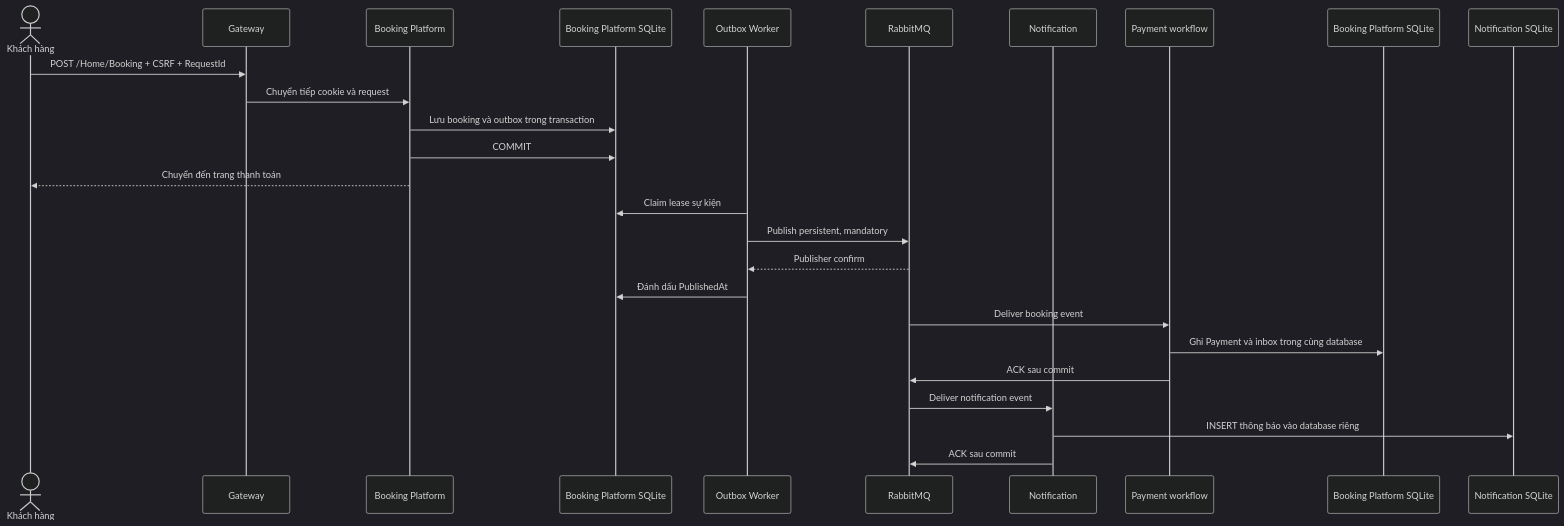
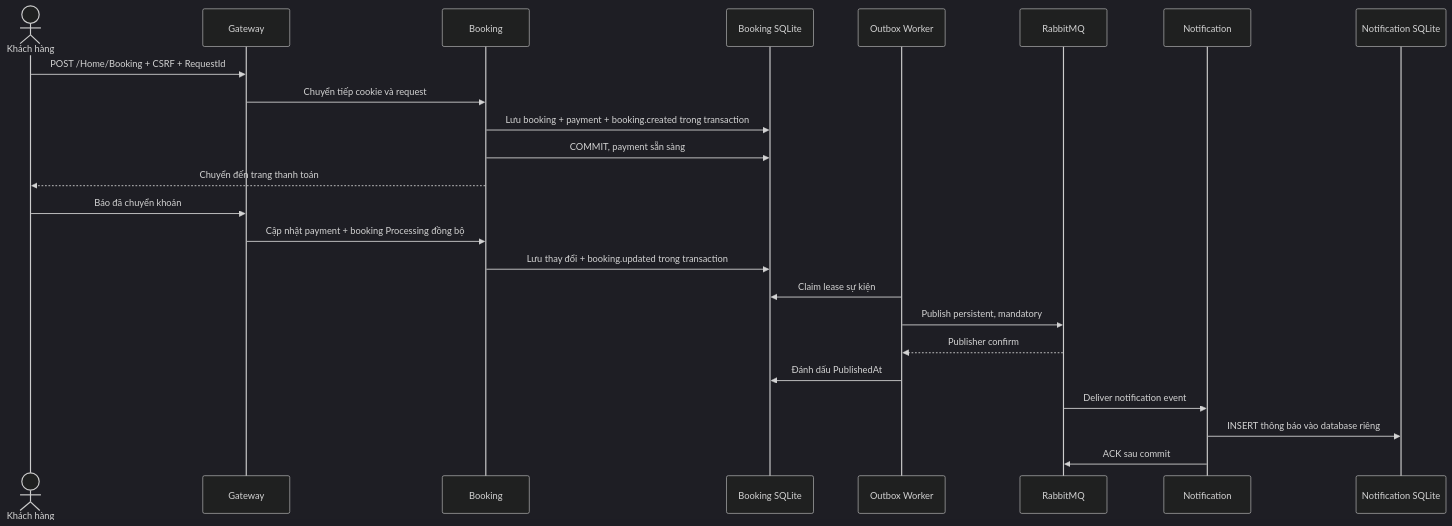
The second of 2 diagrams in docs/bao-cao-he-thong-phan-tan.md (dangvu2910/Tourbookingg), drawn with Mermaid (dark theme) before and after one commit. The commit also changed other lines of this file and 177 other files, not shown here.

````diff
--- a/docs/bao-cao-he-thong-phan-tan.md
+++ b/docs/bao-cao-he-thong-phan-tan.md
@@ -45,28 +44,26 @@
 ```mermaid
 sequenceDiagram
     actor Khach as Khách hàng
     participant G as Gateway
-    participant B as Booking Platform
-    participant DB as Booking Platform SQLite
+    participant B as Booking
+    participant DB as Booking SQLite
     participant W as Outbox Worker
     participant R as RabbitMQ
     participant N as Notification
-    participant P as Payment workflow
-    participant PD as Booking Platform SQLite
     participant ND as Notification SQLite
     Khach->>G: POST /Home/Booking + CSRF + RequestId
     G->>B: Chuyển tiếp cookie và request
-    B->>DB: Lưu booking và outbox trong transaction
-    B->>DB: COMMIT
+    B->>DB: Lưu booking + payment + booking.created trong transaction
+    B->>DB: COMMIT, payment sẵn sàng
     B-->>Khach: Chuyển đến trang thanh toán
+    Khach->>G: Báo đã chuyển khoản
+    G->>B: Cập nhật payment + booking Processing đồng bộ
+    B->>DB: Lưu thay đổi + booking.updated trong transaction
     W->>DB: Claim lease sự kiện
     W->>R: Publish persistent, mandatory
     R-->>W: Publisher confirm
     W->>DB: Đánh dấu PublishedAt
-    R->>P: Deliver booking event
-    P->>PD: Ghi Payment và inbox trong cùng database
-    P->>R: ACK sau commit
     R->>N: Deliver notification event
     N->>ND: INSERT thông báo vào database riêng
     N->>R: ACK sau commit
 ```
````
